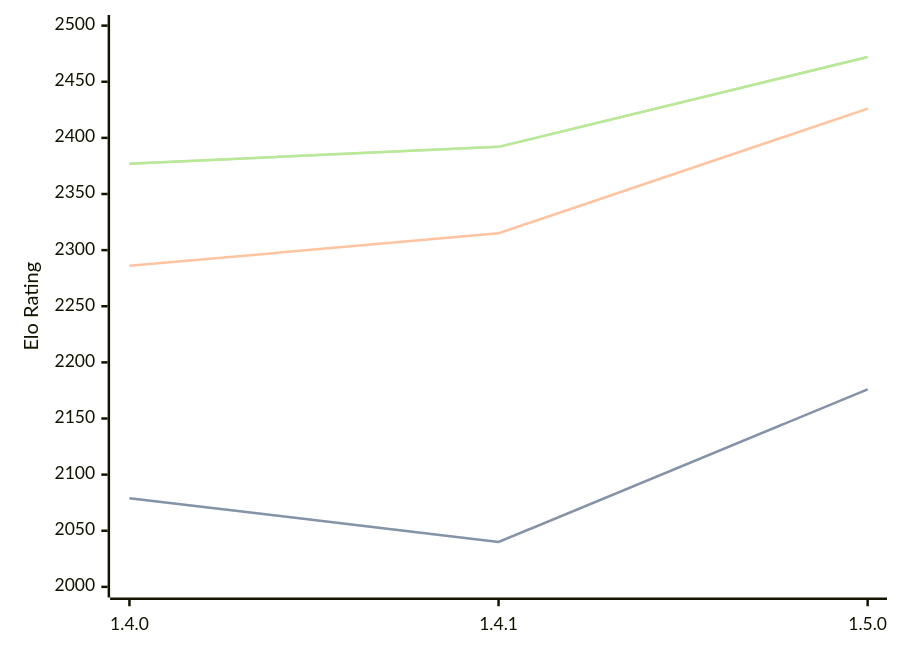
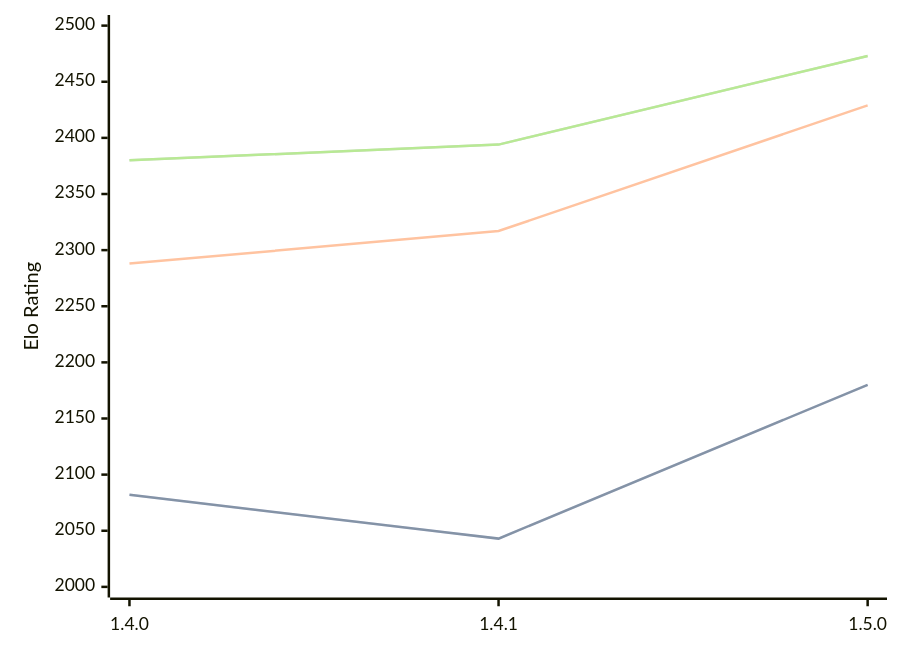
Before and after one commit to computer-chess-index/cci: the diagram in engines/Tofiks.md, drawn with Mermaid. The commit also changed other lines of this file, not shown here.

Commit message:
Update CCI Ratings (ELO VLTC) - 2026-08-23

````diff
--- a/engines/Tofiks.md
+++ b/engines/Tofiks.md
@@ -33,11 +33,11 @@
 ```mermaid
 %%{init: {"theme":"base","themeVariables":{"seriesColors:['#a3a3a3','#222221','#faa371']}}}%%
 xychart-beta
   x-axis ["1.4.0", "1.4.1", "1.5.0"]
   y-axis "Elo Rating" 2000 --> 2500
-  line "STC (8.0+0.08s)" [2079, 2040, 2176]
-  line "STC (8.0+0.08s)" [2079, 2040, 2176]
-  line "LTC (60.0+0.60s)" [2286, 2315, 2426]
-  line "VLTC (2m24s+1.12s)" [2377, 2392, 2472]
-  line "VLTC (2m24s+1.12s)" [2377, 2392, 2472]
+  line "STC (8.0+0.08s)" [2082, 2043, 2180]
+  line "STC (8.0+0.08s)" [2082, 2043, 2180]
+  line "LTC (60.0+0.60s)" [2288, 2317, 2429]
+  line "VLTC (2m24s+1.12s)" [2380, 2394, 2473]
+  line "VLTC (2m24s+1.12s)" [2380, 2394, 2473]
 ```
````
